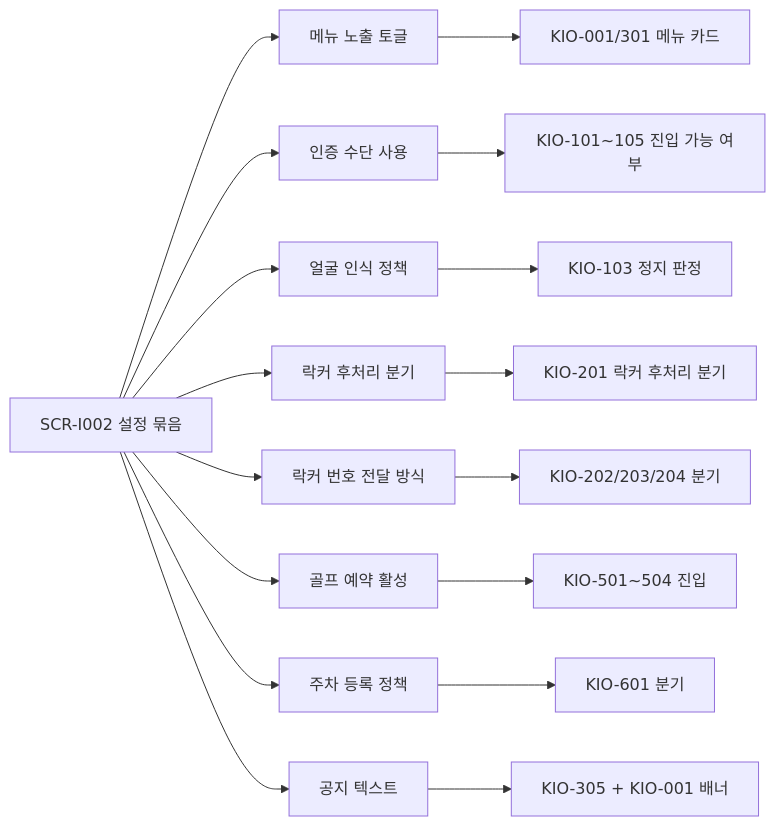
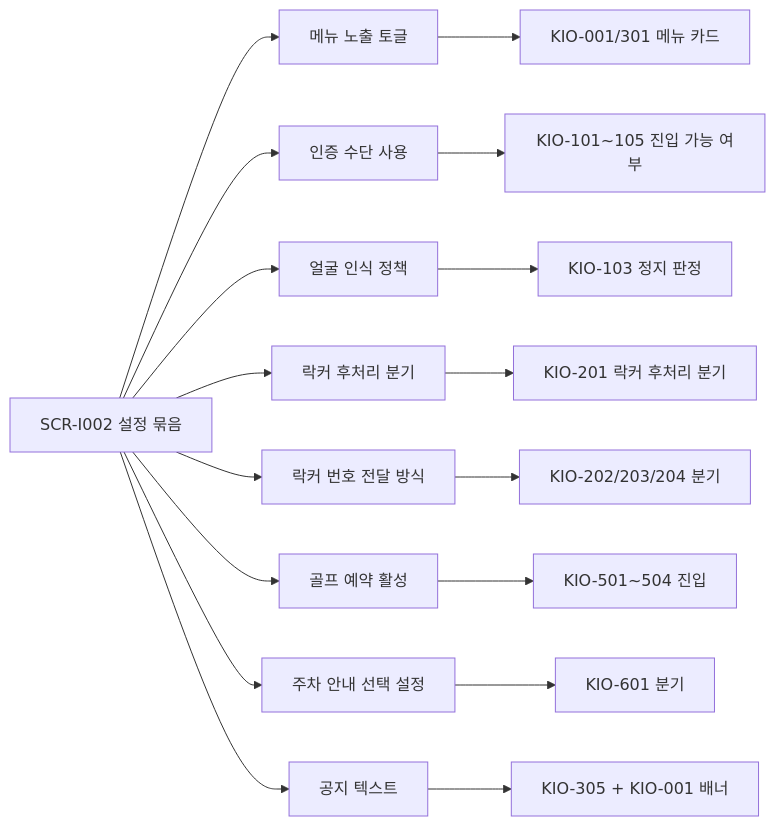
The second of 5 diagrams in docs/admin/다이어그램/60_kiosk_연동/62_kiosk설정_관리.md (dev-spogym/admin-pando), drawn with Mermaid before and after one commit. The commit also changed other lines of this file and 100 other files, not shown here.

````diff
--- a/docs/admin/다이어그램/60_kiosk_연동/62_kiosk설정_관리.md
+++ b/docs/admin/다이어그램/60_kiosk_연동/62_kiosk설정_관리.md
@@ -39,20 +39,20 @@
 ```mermaid
 flowchart LR
     SET[SCR-I002 설정 묶음] --> M1[메뉴 노출 토글]
     SET --> M2[인증 수단 사용]
     SET --> M3[얼굴 인식 정책]
     SET --> M4[락커 후처리 분기]
     SET --> M5[락커 번호 전달 방식]
     SET --> M6[골프 예약 활성]
-    SET --> M7[주차 등록 정책]
+    SET --> M7[주차 안내 선택 설정]
     SET --> M8[공지 텍스트]
 
     M1 --> KIO001[KIO-001/301 메뉴 카드]
     M2 --> KIO1XX[KIO-101~105 진입 가능 여부]
     M3 --> KIO103[KIO-103 정지 판정]
     M4 --> KIO201[KIO-201 락커 후처리 분기]
     M5 --> KIO2XX[KIO-202/203/204 분기]
     M6 --> KIO5XX[KIO-501~504 진입]
     M7 --> KIO601[KIO-601 분기]
     M8 --> KIO305[KIO-305 + KIO-001 배너]
 ```
````
